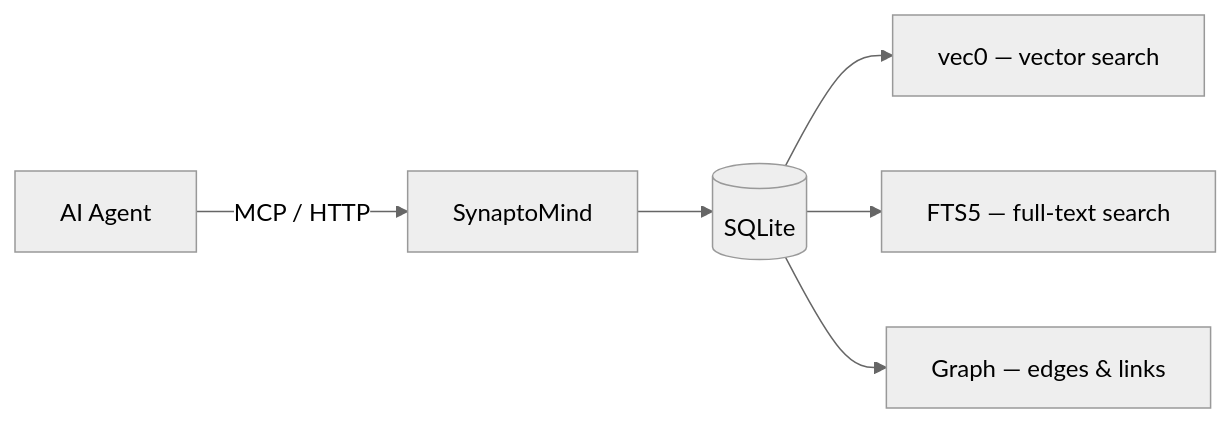
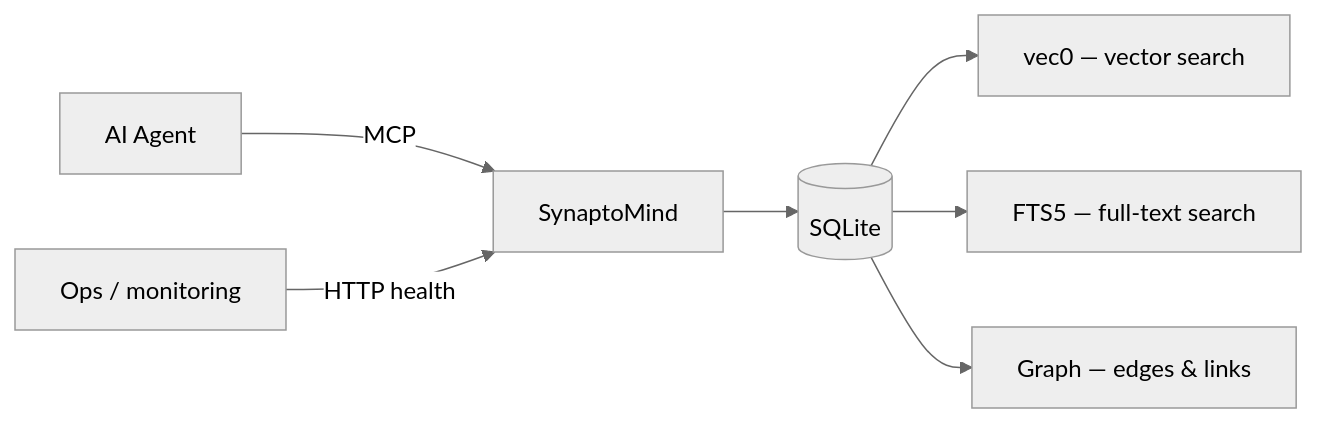
The second of 2 diagrams in README.md (zumik3-del/synaptomind), drawn with Mermaid (neutral theme) before and after one commit. The commit also changed other lines of this file and 7 other files, not shown here.

First line of the commit message:
docs(api): shrink the HTTP reference to the ops plane and document include_url_links

````diff
--- a/README.md
+++ b/README.md
@@ -169,8 +171,9 @@
 ```mermaid
 graph LR
-    A[AI Agent] -->|MCP / HTTP| B[SynaptoMind]
+    A[AI Agent] -->|MCP| B[SynaptoMind]
+    O[Ops / monitoring] -->|HTTP health| B
     B --> C[(SQLite)]
     C --> D[vec0 — vector search]
     C --> E[FTS5 — full-text search]
     C --> F[Graph — edges & links]
 ```
````
